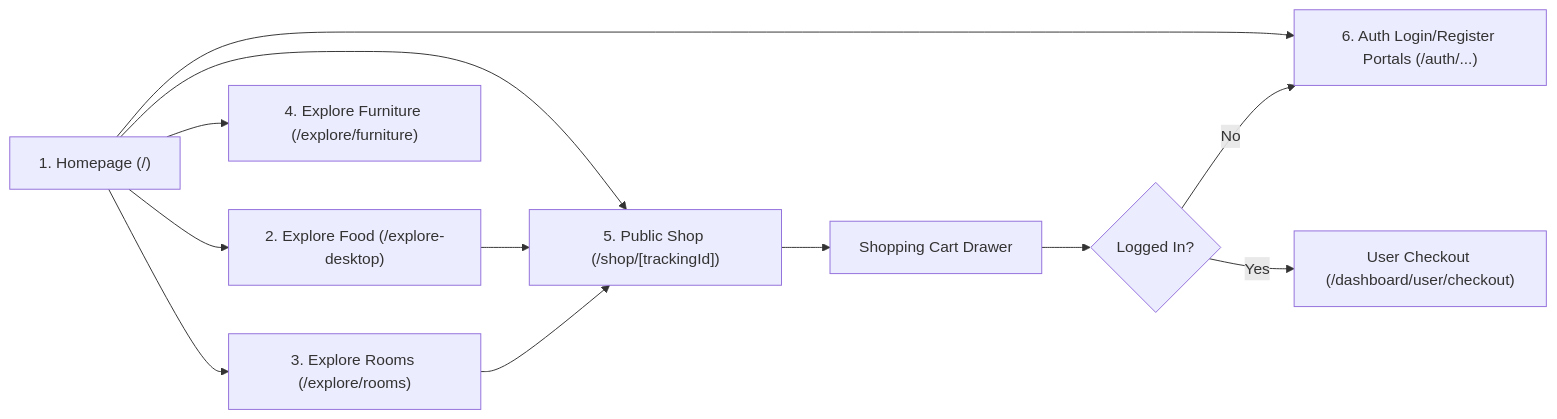
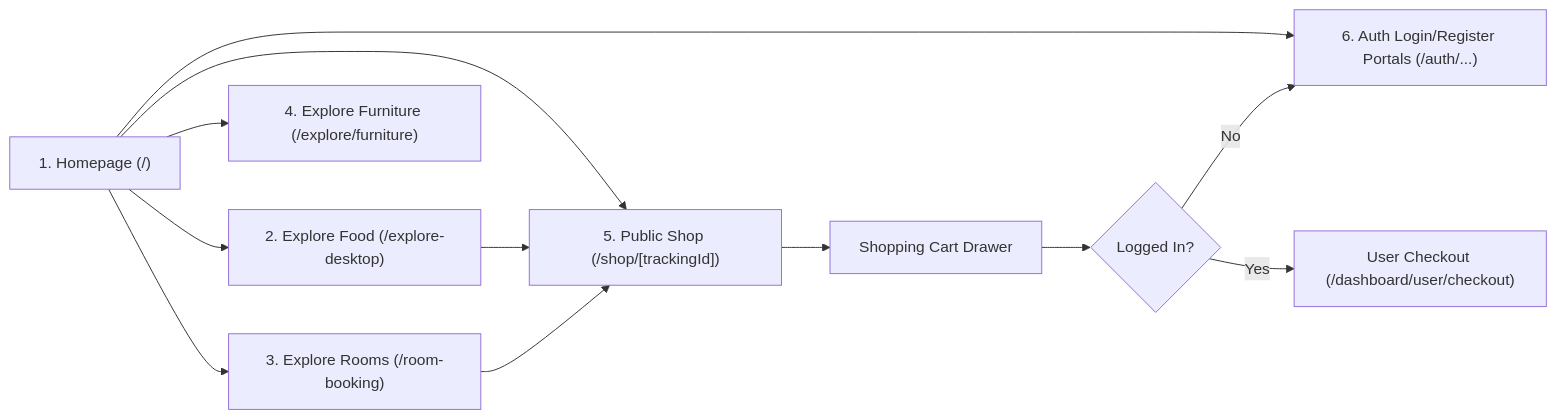
Before and after one commit to AtharvBorle/cloudkitchen: the second of 8 diagrams in artifacts/ui_screen_level_user_flows.md, drawn with Mermaid. The commit also changed other lines of this file and 5 other files, not shown here.

Commit message:
Route Rooms nav to /room-booking and delete deprecated explore/rooms page

````diff
--- a/artifacts/ui_screen_level_user_flows.md
+++ b/artifacts/ui_screen_level_user_flows.md
@@ -50,15 +50,15 @@
 ```mermaid
 graph LR
     Home["1. Homepage (/)"] --> ExploreFood["2. Explore Food (/explore-desktop)"]
-    Home --> ExploreRooms["3. Explore Rooms (/explore/rooms)"]
+    Home --> ExploreRooms["3. Explore Rooms (/room-booking)"]
     Home --> ExploreFurniture["4. Explore Furniture (/explore/furniture)"]
     Home --> StoreFront["5. Public Shop (/shop/[trackingId])"]
     Home --> AuthPortal["6. Auth Login/Register Portals (/auth/...)"]
     
     ExploreFood --> StoreFront
     ExploreRooms --> StoreFront
     StoreFront --> CartDrawer["Shopping Cart Drawer"]
     CartDrawer --> LoginCheck{"Logged In?"}
     LoginCheck -- No --> AuthPortal
     LoginCheck -- Yes --> Checkout["User Checkout (/dashboard/user/checkout)"]
 ```
````
